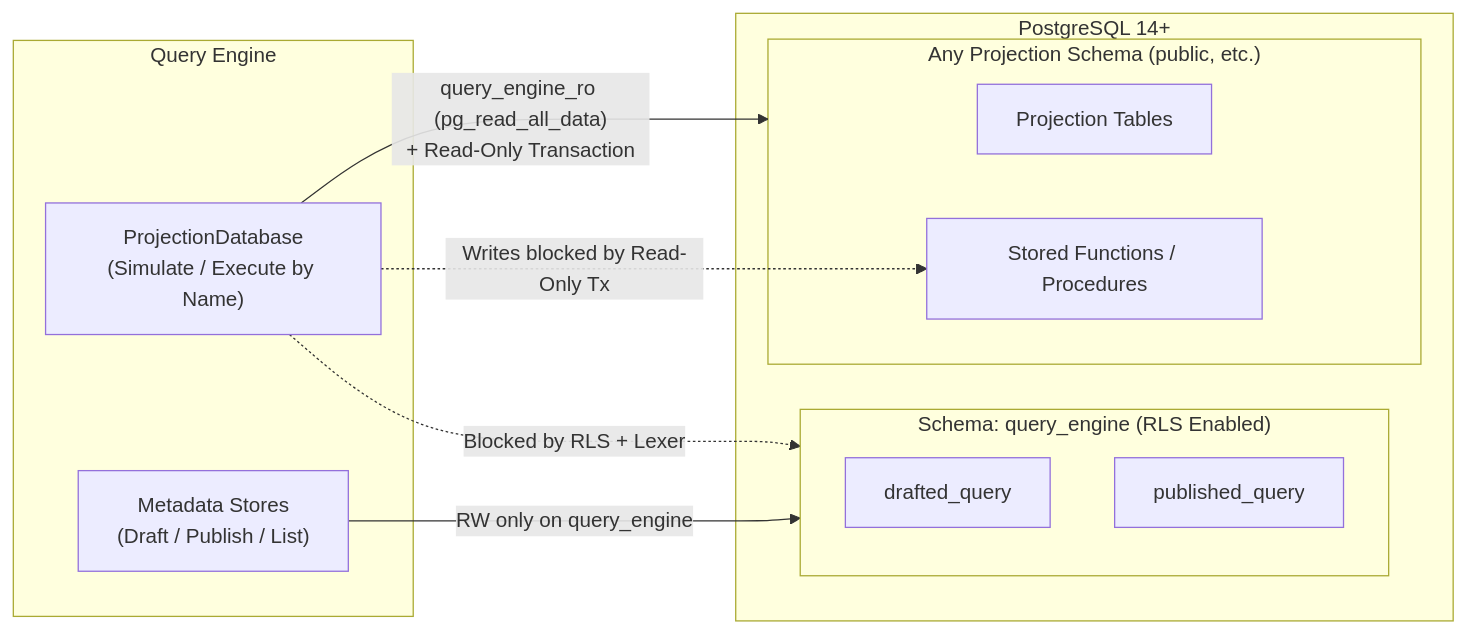
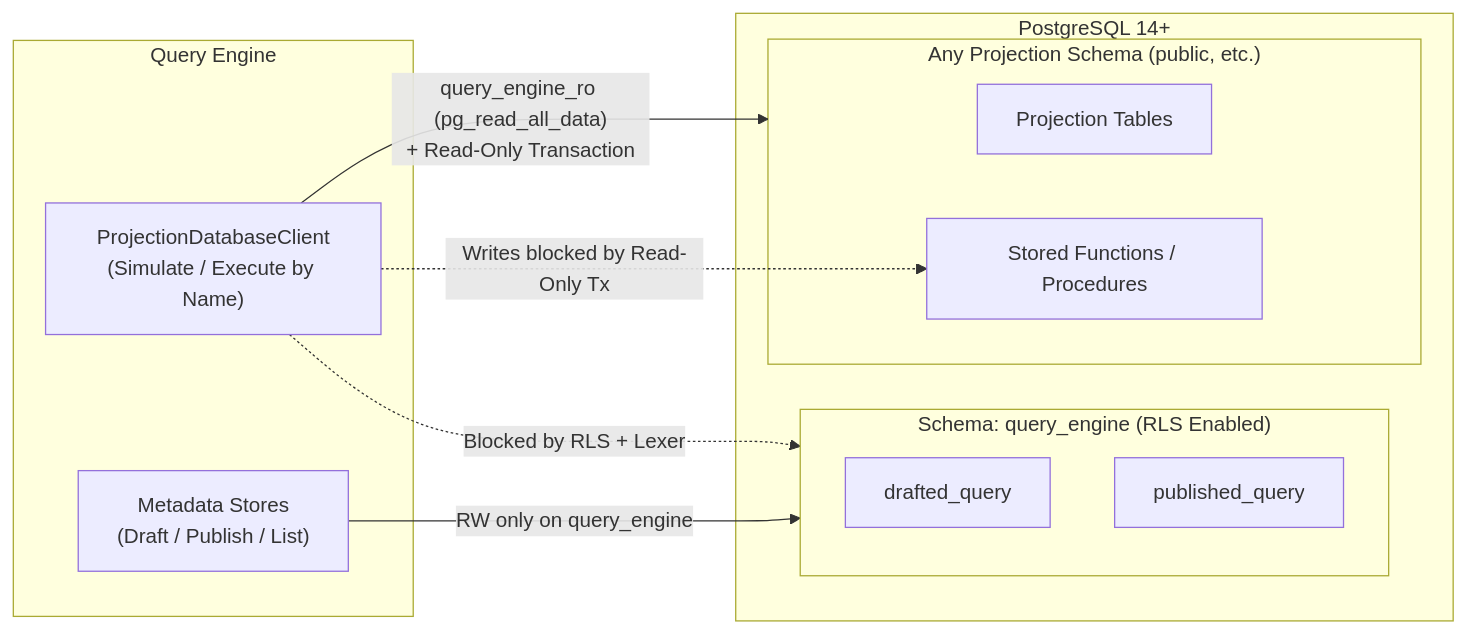
The diagram in docs/query-engine-schema-and-select-only.md (skull-sage/query-engine), drawn with Mermaid before and after one commit. The commit also changed other lines of this file and 61 other files, not shown here.

````diff
--- a/docs/query-engine-schema-and-select-only.md
+++ b/docs/query-engine-schema-and-select-only.md
@@ -26,23 +30,23 @@
 ```mermaid
 flowchart LR
     subgraph QE["Query Engine"]
         Meta["Metadata Stores\n(Draft / Publish / List)"]
-        Exec["ProjectionDatabase\n(Simulate / Execute by Name)"]
+        Exec["ProjectionDatabaseClient\n(Simulate / Execute by Name)"]
     end
 
     subgraph DB["PostgreSQL 14+"]
         subgraph S_QE["Schema: query_engine (RLS Enabled)"]
             T1["drafted_query"]
             T2["published_query"]
         end
         subgraph S_PROJ["Any Projection Schema (public, etc.)"]
             P1["Projection Tables"]
             F1["Stored Functions / Procedures"]
         end
     end
 
     Meta -- "RW only on query_engine" --> S_QE
     Exec -- "query_engine_ro (pg_read_all_data)\n+ Read-Only Transaction" --> S_PROJ
     Exec -. "Blocked by RLS + Lexer" .-> S_QE
     Exec -. "Writes blocked by Read-Only Tx" .-> F1
 ```
````
